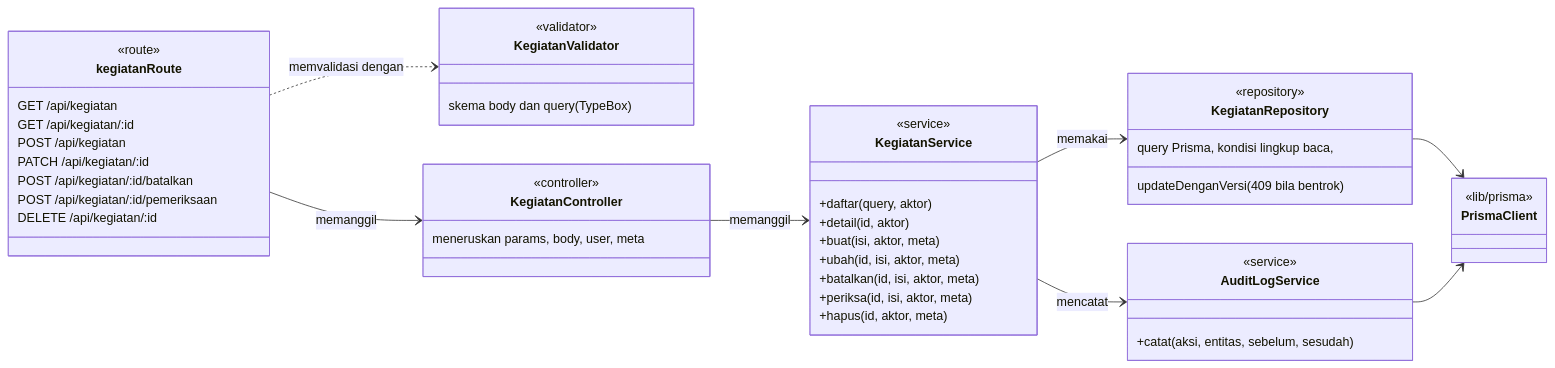
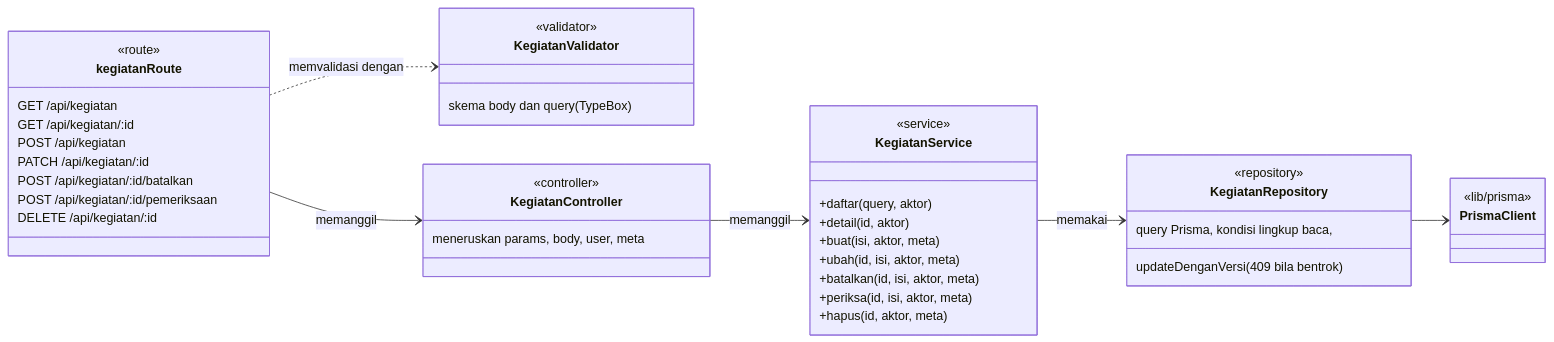
The second of 2 diagrams in docs/uml/04-class.md (AhmadsTechDev/kegiatan-kominfo), drawn with Mermaid before and after one commit. The commit also changed other lines of this file and 69 other files, not shown here.

First line of the commit message:
feat: remove audit log feature

````diff
--- a/docs/uml/04-class.md
+++ b/docs/uml/04-class.md
@@ -134,53 +124,47 @@
 ```mermaid
 classDiagram
     direction LR
 
     class kegiatanRoute {
         <<route>>
         GET /api/kegiatan
         GET /api/kegiatan/:id
         POST /api/kegiatan
         PATCH /api/kegiatan/:id
         POST /api/kegiatan/:id/batalkan
         POST /api/kegiatan/:id/pemeriksaan
         DELETE /api/kegiatan/:id
     }
     class KegiatanValidator {
         <<validator>>
         skema body dan query (TypeBox)
     }
     class KegiatanController {
         <<controller>>
         meneruskan params, body, user, meta
     }
     class KegiatanService {
         <<service>>
         +daftar(query, aktor)
         +detail(id, aktor)
         +buat(isi, aktor, meta)
         +ubah(id, isi, aktor, meta)
         +batalkan(id, isi, aktor, meta)
         +periksa(id, isi, aktor, meta)
         +hapus(id, aktor, meta)
     }
     class KegiatanRepository {
         <<repository>>
         query Prisma, kondisi lingkup baca,
         updateDenganVersi (409 bila bentrok)
     }
-    class AuditLogService {
-        <<service>>
-        +catat(aksi, entitas, sebelum, sesudah)
-    }
     class PrismaClient {
         <<lib/prisma>>
     }
 
     kegiatanRoute ..> KegiatanValidator : memvalidasi dengan
     kegiatanRoute --> KegiatanController : memanggil
     KegiatanController --> KegiatanService : memanggil
     KegiatanService --> KegiatanRepository : memakai
-    KegiatanService --> AuditLogService : mencatat
     KegiatanRepository --> PrismaClient
-    AuditLogService --> PrismaClient
 ```
````
